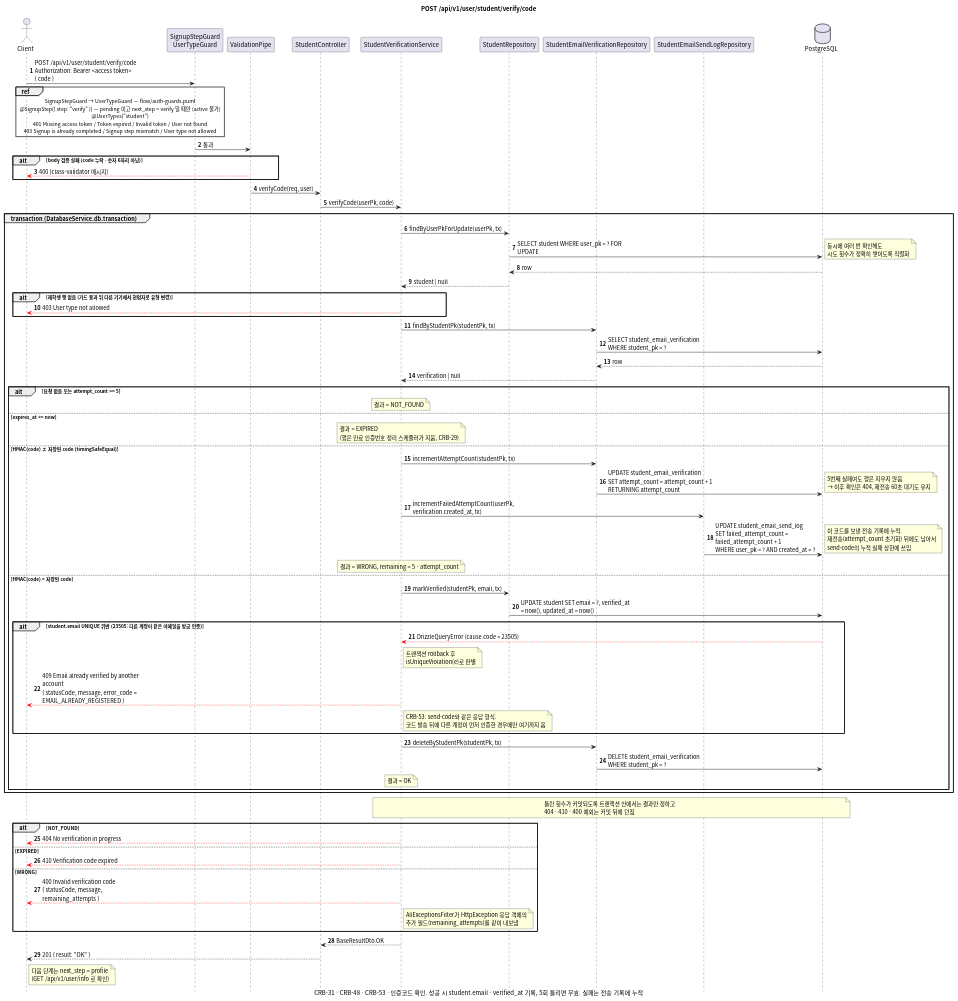
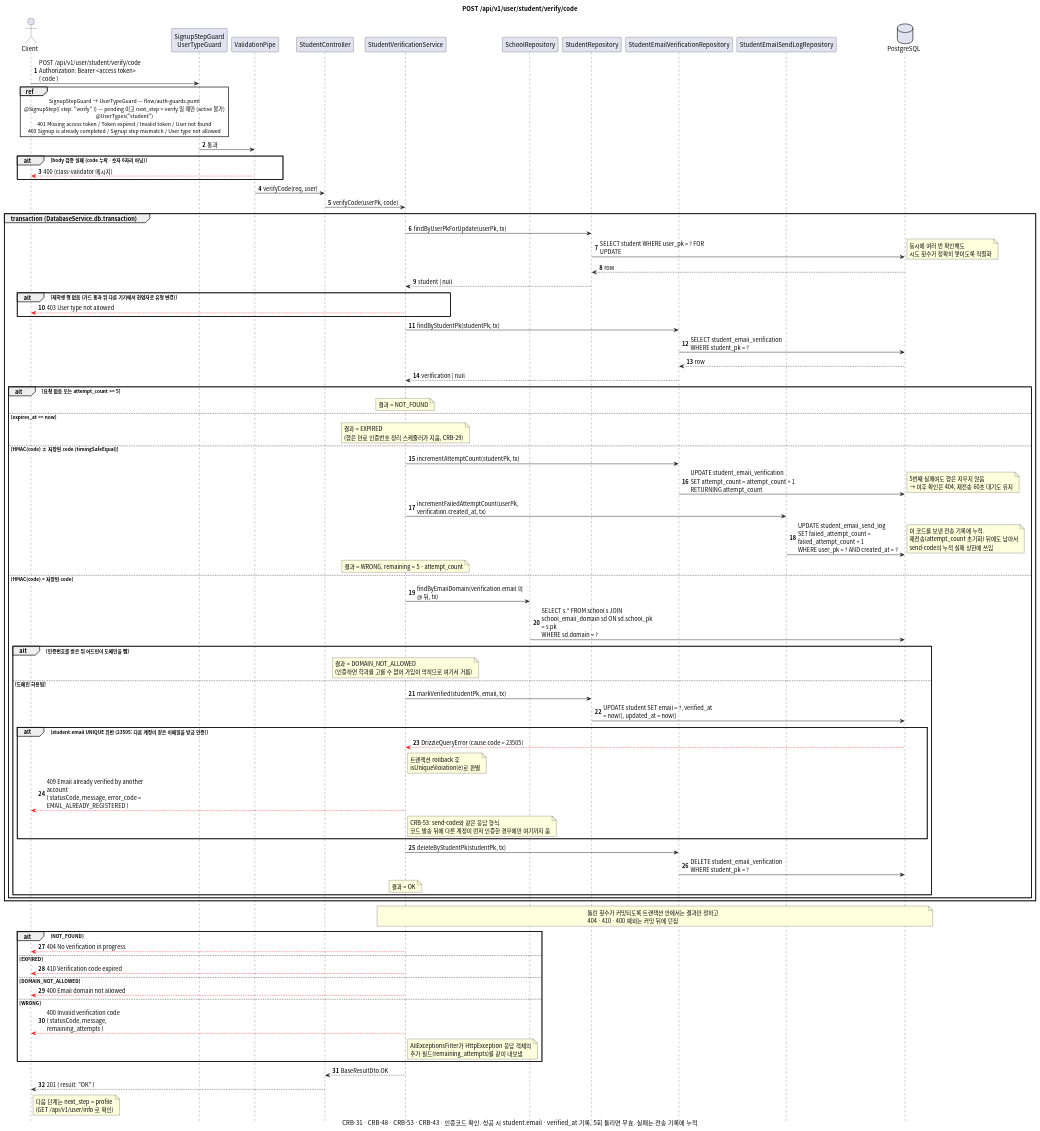
Before and after one commit to gsainfoteam/cheers-be: the diagram in docs/sequence/student/post-verify-code.puml, drawn with PlantUML. The commit also changed 9 other files, not shown here.

Commit message:
- docs: add school and department sequence diagrams (CRB-43)

```diff
--- a/docs/sequence/student/post-verify-code.puml
+++ b/docs/sequence/student/post-verify-code.puml
@@ -1,108 +1,117 @@
 @startuml post-verify-code
 skinparam defaultFontName "Apple SD Gothic Neo", "Noto Sans CJK KR", sans-serif
 skinparam responseMessageBelowArrow true
 skinparam sequenceMessageAlign left
 skinparam maxMessageSize 260
 skinparam BoxPadding 8
 skinparam shadowing false
 autonumber
 hide footbox
 
 title POST /api/v1/user/student/verify/code
-caption CRB-31 · CRB-48 · CRB-53 · 인증코드 확인. 성공 시 student.email · verified_at 기록, 5회 틀리면 무효. 실패는 전송 기록에 누적
+caption CRB-31 · CRB-48 · CRB-53 · CRB-43 · 인증코드 확인. 성공 시 student.email · verified_at 기록, 5회 틀리면 무효. 실패는 전송 기록에 누적
 
 actor Client
 participant "SignupStepGuard\nUserTypeGuard" as Guard
 participant "ValidationPipe" as Pipe
 participant "StudentController" as Controller
 participant "StudentVerificationService" as Service
+participant "SchoolRepository" as SchoolRepository
 participant "StudentRepository" as StudentRepository
 participant "StudentEmailVerificationRepository" as VerificationRepository
 participant "StudentEmailSendLogRepository" as SendLogRepository
 database PostgreSQL
 
 Client -> Guard: POST /api/v1/user/student/verify/code\nAuthorization: Bearer <access token>\n{ code }
 ref over Client, Guard
   SignupStepGuard → UserTypeGuard — flow/auth-guards.puml
   @SignupStep({ step: "verify" }) — pending 이고 next_step = verify 일 때만 (active 불가)
   @UserTypes("student")
   401 Missing access token / Token expired / Invalid token / User not found
   403 Signup is already completed / Signup step mismatch / User type not allowed
 end ref
 Guard -> Pipe: 통과
 alt body 검증 실패 (code 누락 · 숫자 6자리 아님)
   Pipe -[#red]-> Client: 400 (class-validator 메시지)
 end
 Pipe -> Controller: verifyCode(req, user)
 Controller -> Service: verifyCode(userPk, code)
 
 group transaction (DatabaseService.db.transaction)
   Service -> StudentRepository: findByUserPkForUpdate(userPk, tx)
   StudentRepository -> PostgreSQL: SELECT student WHERE user_pk = ? FOR UPDATE
   note right: 동시에 여러 번 확인해도\n시도 횟수가 정확히 쌓이도록 직렬화
   PostgreSQL --> StudentRepository: row
   StudentRepository --> Service: student | null
   alt 재학생 행 없음 (가드 통과 뒤 다른 기기에서 현업자로 유형 변경)
     Service -[#red]-> Client: 403 User type not allowed
   end
 
   Service -> VerificationRepository: findByStudentPk(studentPk, tx)
   VerificationRepository -> PostgreSQL: SELECT student_email_verification WHERE student_pk = ?
   PostgreSQL --> VerificationRepository: row
   VerificationRepository --> Service: verification | null
 
   alt 요청 없음 또는 attempt_count >= 5
     note over Service: 결과 = NOT_FOUND
   else expires_at <= now
     note over Service: 결과 = EXPIRED\n(행은 만료 인증번호 정리 스케줄러가 지움, CRB-29)
   else HMAC(code) ≠ 저장된 code (timingSafeEqual)
     Service -> VerificationRepository: incrementAttemptCount(studentPk, tx)
     VerificationRepository -> PostgreSQL: UPDATE student_email_verification\nSET attempt_count = attempt_count + 1 RETURNING attempt_count
     note right
       5번째 실패여도 행은 지우지 않음
       → 이후 확인은 404, 재전송 60초 대기도 유지
     end note
     Service -> SendLogRepository: incrementFailedAttemptCount(userPk, verification.created_at, tx)
     SendLogRepository -> PostgreSQL: UPDATE student_email_send_log\nSET failed_attempt_count = failed_attempt_count + 1\nWHERE user_pk = ? AND created_at = ?
     note right
       이 코드를 보낸 전송 기록에 누적.
       재전송(attempt_count 초기화) 뒤에도 남아서
       send-code의 누적 실패 상한에 쓰임
     end note
     note over Service: 결과 = WRONG, remaining = 5 - attempt_count
   else HMAC(code) = 저장된 code
+    Service -> SchoolRepository: findByEmailDomain(verification.email 의 @ 뒤, tx)
+    SchoolRepository -> PostgreSQL: SELECT s.* FROM school s JOIN school_email_domain sd ON sd.school_pk = s.pk\nWHERE sd.domain = ?
+    alt 인증번호를 받은 뒤 어드민이 도메인을 뺌
+      note over Service: 결과 = DOMAIN_NOT_ALLOWED\n(인증하면 학과를 고를 수 없어 가입이 막히므로 여기서 거름)
+    else 도메인 허용됨
     Service -> StudentRepository: markVerified(studentPk, email, tx)
     StudentRepository -> PostgreSQL: UPDATE student SET email = ?, verified_at = now(), updated_at = now()
     alt student.email UNIQUE 위반 (23505: 다른 계정이 같은 이메일을 방금 인증)
       PostgreSQL -[#red]-> Service: DrizzleQueryError (cause.code = 23505)
       note right of Service: 트랜잭션 rollback 후\nisUniqueViolation(e)로 판별
       Service -[#red]-> Client: 409 Email already verified by another account\n{ statusCode, message, error_code = EMAIL_ALREADY_REGISTERED }
       note right of Service: CRB-53: send-code와 같은 응답 형식.\n코드 발송 뒤에 다른 계정이 먼저 인증한 경우에만 여기까지 옴
     end
     Service -> VerificationRepository: deleteByStudentPk(studentPk, tx)
     VerificationRepository -> PostgreSQL: DELETE student_email_verification WHERE student_pk = ?
     note over Service: 결과 = OK
+    end
   end
 end
 note over Service, PostgreSQL
   틀린 횟수가 커밋되도록 트랜잭션 안에서는 결과만 정하고
   404 · 410 · 400 예외는 커밋 뒤에 던짐
 end note
 
 alt NOT_FOUND
   Service -[#red]-> Client: 404 No verification in progress
 else EXPIRED
   Service -[#red]-> Client: 410 Verification code expired
+else DOMAIN_NOT_ALLOWED
+  Service -[#red]-> Client: 400 Email domain not allowed
 else WRONG
   Service -[#red]-> Client: 400 Invalid verification code\n{ statusCode, message, remaining_attempts }
   note right of Service
     AllExceptionsFilter가 HttpException 응답 객체의
     추가 필드(remaining_attempts)를 같이 내보냄
   end note
 end
 
 Service --> Controller: BaseResultDto.OK
 Controller --> Client: 201 { result: "OK" }
 note right of Client: 다음 단계는 next_step = profile\n(GET /api/v1/user/info 로 확인)
 
 @enduml
```
